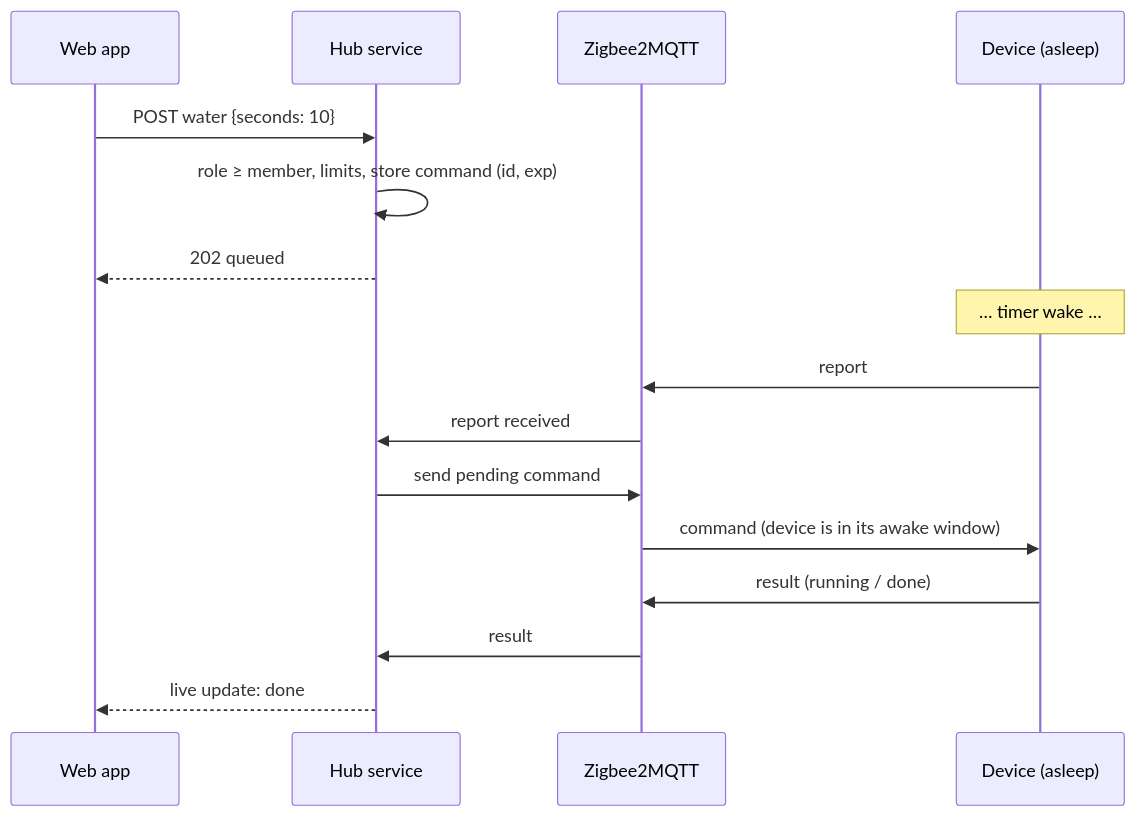
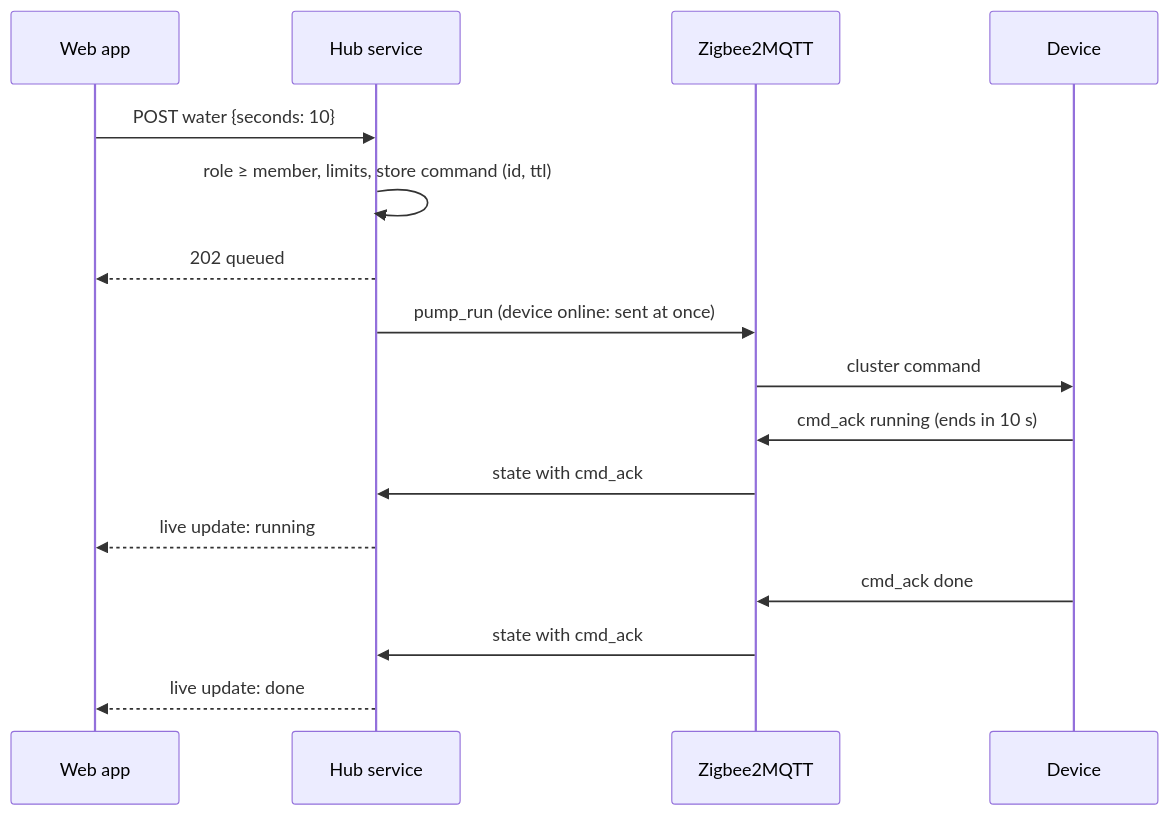
Before and after one commit to Hansom17/MoistureController: the sixth of 8 diagrams in PROJECT.md, drawn with Mermaid. The commit also changed other lines of this file and 6 other files, not shown here.

````diff
--- a/PROJECT.md
+++ b/PROJECT.md
@@ -263,19 +267,19 @@
 ```mermaid
 sequenceDiagram
     participant App as Web app
     participant Hub as Hub service
     participant Z as Zigbee2MQTT
-    participant Dev as Device (asleep)
+    participant Dev as Device
 
     App->>Hub: POST water {seconds: 10}
-    Hub->>Hub: role ≥ member, limits, store command (id, exp)
+    Hub->>Hub: role ≥ member, limits, store command (id, ttl)
     Hub-->>App: 202 queued
-    Note over Dev: … timer wake …
-    Dev->>Z: report
-    Z->>Hub: report received
-    Hub->>Z: send pending command
-    Z->>Dev: command (device is in its awake window)
-    Dev->>Z: result (running / done)
-    Z->>Hub: result
+    Hub->>Z: pump_run (device online: sent at once)
+    Z->>Dev: cluster command
+    Dev->>Z: cmd_ack running (ends in 10 s)
+    Z->>Hub: state with cmd_ack
+    Hub-->>App: live update: running
+    Dev->>Z: cmd_ack done
+    Z->>Hub: state with cmd_ack
     Hub-->>App: live update: done
 ```
````
